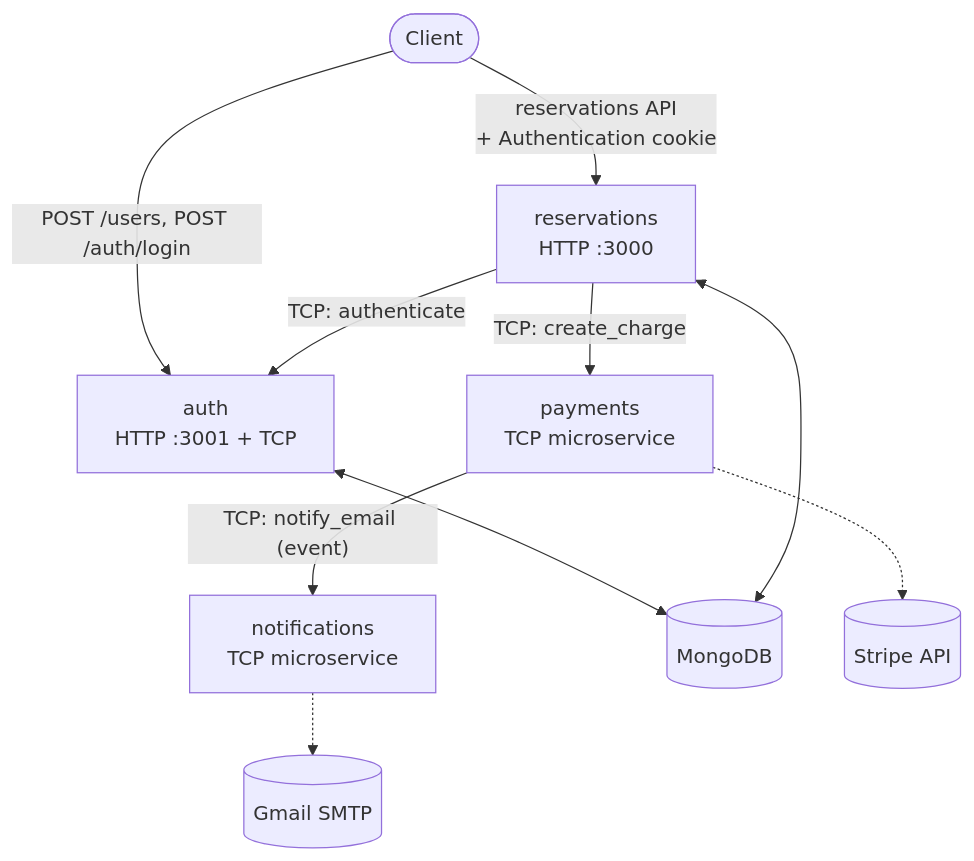
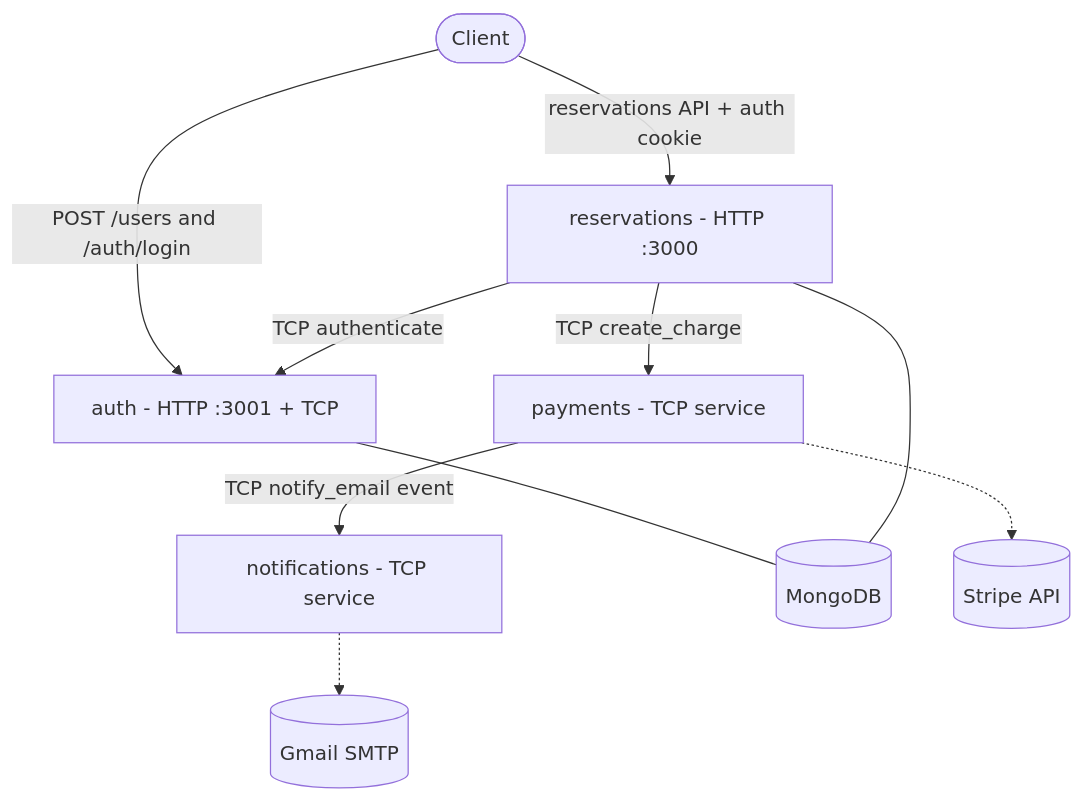
Before and after one commit to azghr/sleepr: the diagram in README.md, drawn with Mermaid.

Commit message:
docs: update architecture flowchart labels and connection syntax in README

````diff
--- a/README.md
+++ b/README.md
@@ -11,25 +11,25 @@
 ```mermaid
 flowchart TD
     Client([Client])
 
-    reservations["reservations<br/>HTTP :3000"]
-    auth["auth<br/>HTTP :3001 + TCP"]
-    payments["payments<br/>TCP microservice"]
-    notifications["notifications<br/>TCP microservice"]
+    reservations["reservations - HTTP :3000"]
+    auth["auth - HTTP :3001 + TCP"]
+    payments["payments - TCP service"]
+    notifications["notifications - TCP service"]
 
     mongo[(MongoDB)]
     stripe[(Stripe API)]
     gmail[(Gmail SMTP)]
 
-    Client -->|"POST /users, POST /auth/login"| auth
-    Client -->|"reservations API<br/>+ Authentication cookie"| reservations
+    Client -->|POST /users and /auth/login| auth
+    Client -->|reservations API + auth cookie| reservations
 
-    reservations -->|"TCP: authenticate"| auth
-    reservations -->|"TCP: create_charge"| payments
-    payments -->|"TCP: notify_email (event)"| notifications
+    reservations -->|TCP authenticate| auth
+    reservations -->|TCP create_charge| payments
+    payments -->|TCP notify_email event| notifications
 
-    auth <--> mongo
-    reservations <--> mongo
+    auth --- mongo
+    reservations --- mongo
     payments -.-> stripe
     notifications -.-> gmail
 ```
````
